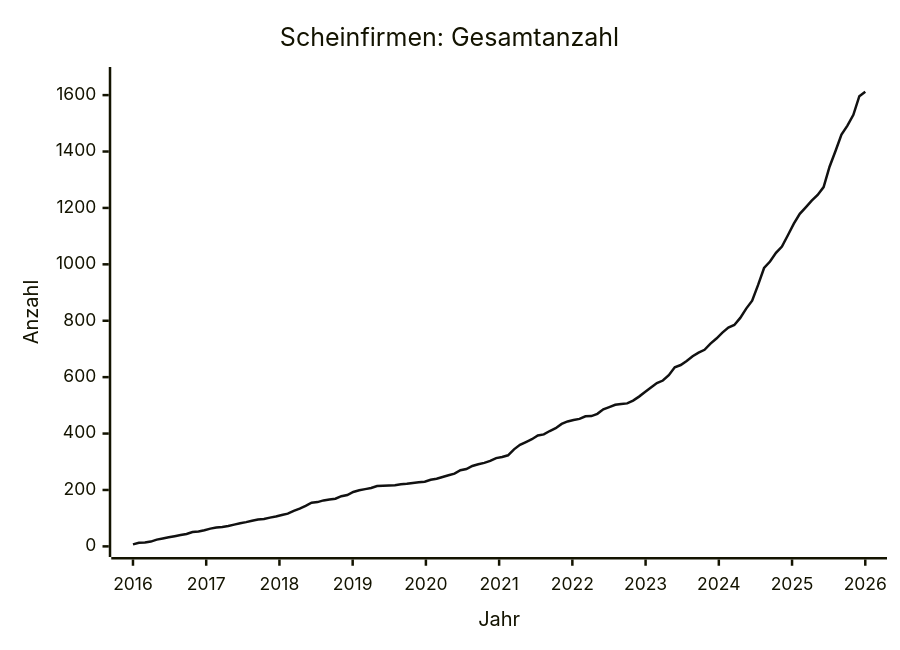
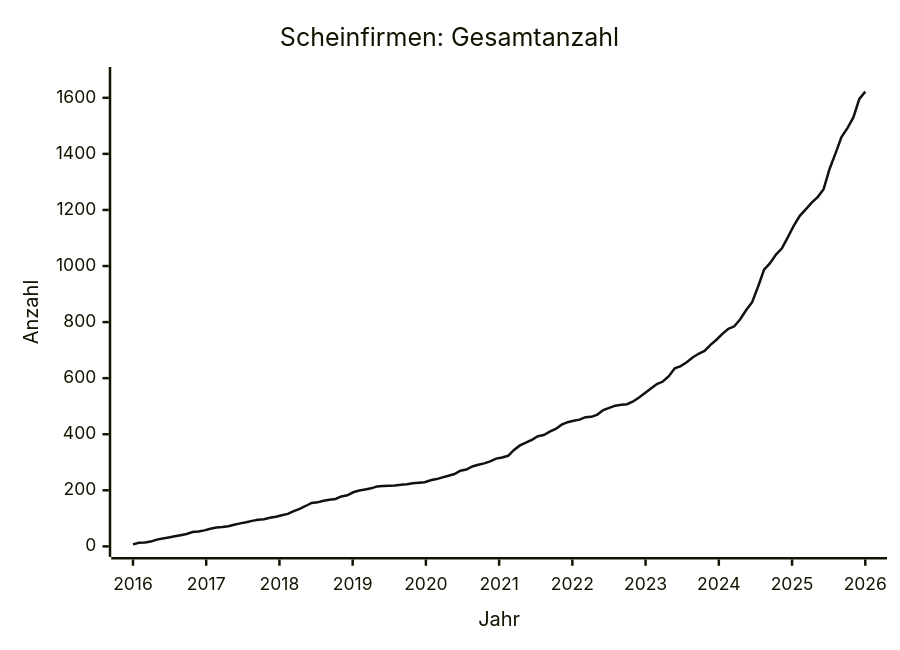
The diagram in data/STATS.md (arjoma/scheinfirmen-at), drawn with Mermaid before and after one commit. The commit also changed other lines of this file and 3 other files, not shown here.

````diff
--- a/data/STATS.md
+++ b/data/STATS.md
@@ -9,13 +9,13 @@
 ```mermaid
 ---
 config:
   themeVariables:
     xyChart:
       plotColorPalette: "#111111"
 ---
 xychart-beta
     title "Scheinfirmen: Gesamtanzahl"
     x-axis "Jahr" 2016 --> 2026
-    y-axis "Anzahl" 0 --> 1662
-    line [7, 13, 14, 17, 24, 28, 32, 36, 40, 44, 51, 53, 57, 63, 67, 69, 72, 77, 82, 86, 91, 95, 97, 102, 106, 111, 116, 126, 134, 144, 155, 157, 163, 166, 169, 178, 182, 193, 199, 203, 207, 214, 215, 216, 217, 220, 222, 225, 227, 229, 236, 240, 246, 252, 258, 270, 274, 285, 291, 296, 303, 313, 317, 323, 344, 360, 370, 380, 393, 397, 409, 419, 434, 443, 448, 452, 461, 462, 470, 486, 494, 502, 505, 507, 517, 531, 547, 563, 579, 588, 607, 635, 643, 657, 674, 687, 697, 719, 737, 758, 776, 785, 810, 843, 871, 927, 987, 1010, 1041, 1063, 1103, 1144, 1179, 1202, 1226, 1246, 1274, 1346, 1402, 1460, 1492, 1530, 1596, 1612]
+    y-axis "Anzahl" 0 --> 1672
+    line [7, 13, 14, 17, 24, 28, 32, 36, 40, 44, 51, 53, 57, 63, 67, 69, 72, 77, 82, 86, 91, 95, 97, 102, 106, 111, 116, 126, 134, 144, 155, 157, 163, 166, 169, 178, 182, 193, 199, 203, 207, 214, 215, 216, 217, 220, 222, 225, 227, 229, 236, 240, 246, 252, 258, 270, 274, 285, 291, 296, 303, 313, 317, 323, 344, 360, 370, 380, 393, 397, 409, 419, 434, 443, 448, 452, 461, 462, 470, 486, 494, 502, 505, 507, 517, 531, 547, 563, 579, 588, 607, 635, 643, 657, 674, 687, 697, 719, 737, 758, 776, 785, 810, 843, 871, 927, 987, 1010, 1041, 1063, 1103, 1144, 1179, 1202, 1226, 1246, 1274, 1346, 1402, 1460, 1492, 1530, 1596, 1622]
 ```
````
